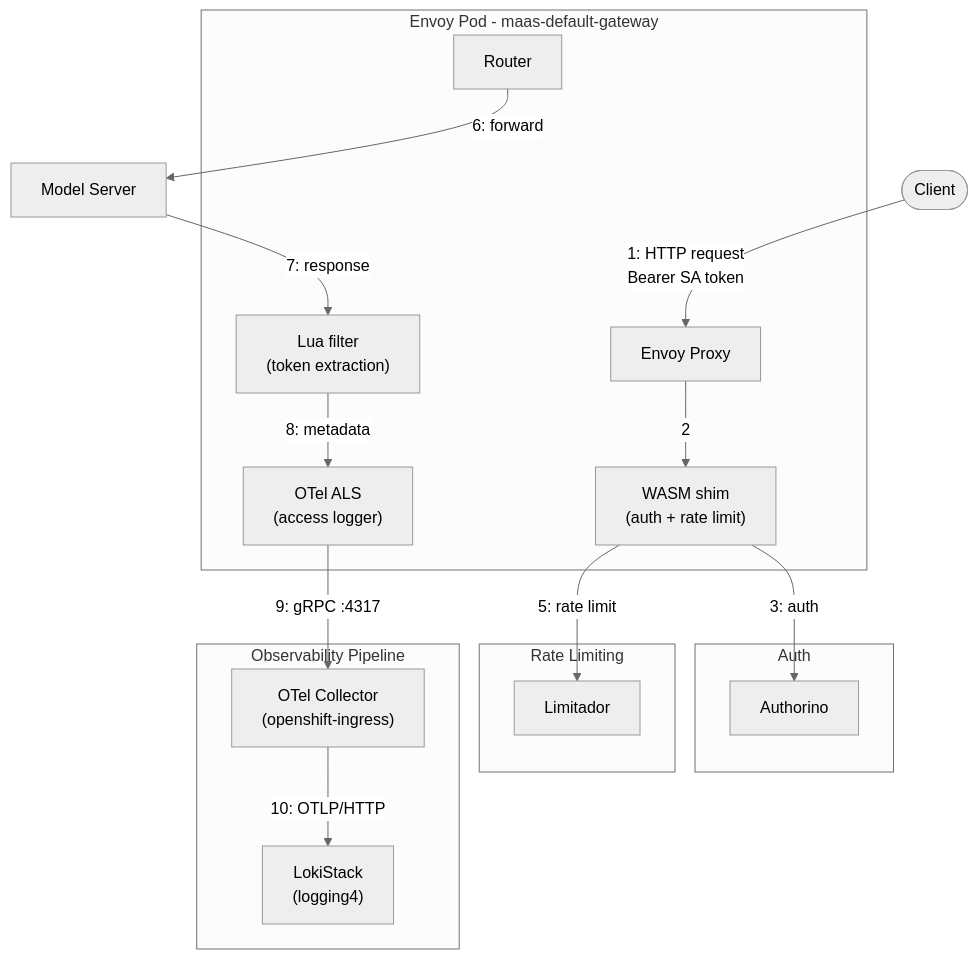
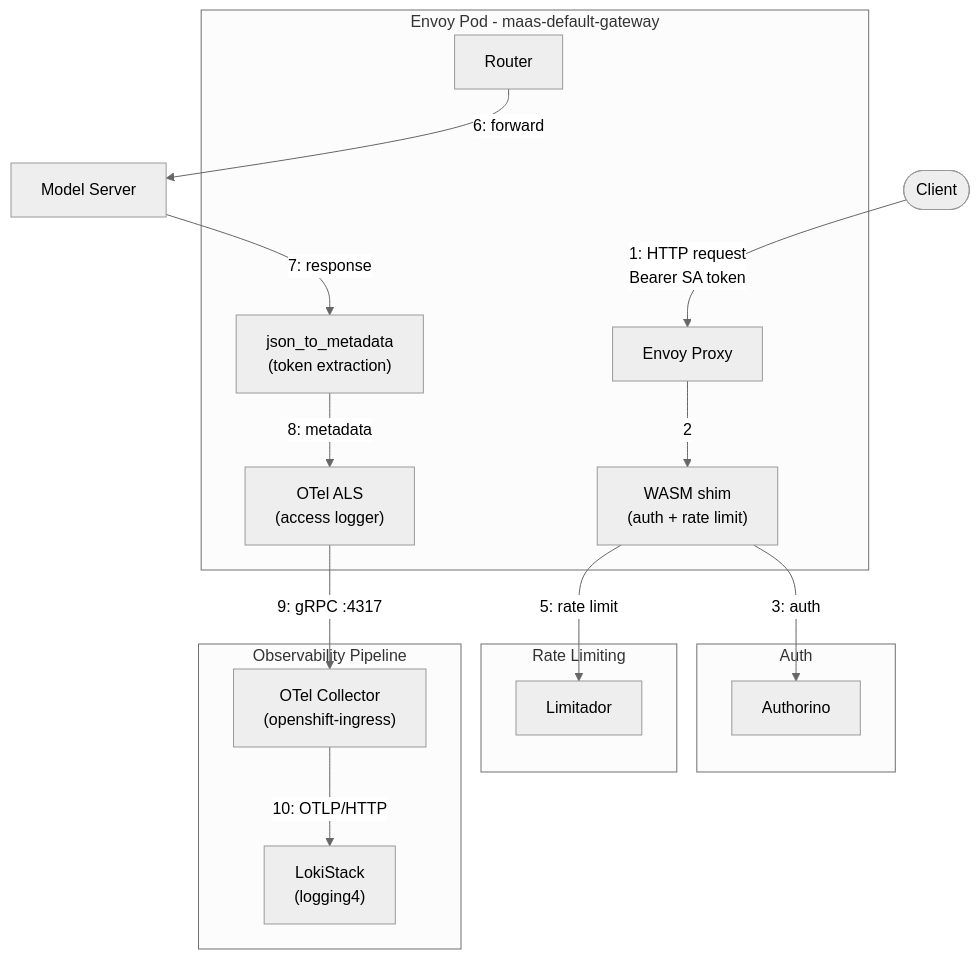
Before and after one commit to tgitelman/maas-billing: the second of 4 diagrams in envoy-otel-structured-logs-plan.md, drawn with Mermaid (neutral theme). The commit also changed other lines of this file and 9 other files, not shown here.

````diff
--- a/envoy-otel-structured-logs-plan.md
+++ b/envoy-otel-structured-logs-plan.md
@@ -92,31 +83,31 @@
 ```mermaid
 flowchart TD
     client(["Client"]) -->|"1: HTTP request\nBearer SA token"| envoy
     subgraph envoyPod ["Envoy Pod - maas-default-gateway"]
         envoy["Envoy Proxy"]
         wasmShim["WASM shim\n(auth + rate limit)"]
-        j2m["Lua filter\n(token extraction)"]
+        j2m["json_to_metadata\n(token extraction)"]
         otelALS["OTel ALS\n(access logger)"]
         routerNode["Router"]
     end
     subgraph authBlock ["Auth"]
         authorino["Authorino"]
     end
     subgraph rateBlock ["Rate Limiting"]
         limitador["Limitador"]
     end
     subgraph obsBlock ["Observability Pipeline"]
         otelCollector["OTel Collector\n(openshift-ingress)"]
         loki["LokiStack\n(logging4)"]
     end
     modelServer["Model Server"]
 
     envoy -->|"2"| wasmShim
     wasmShim -->|"3: auth"| authorino
     wasmShim -->|"5: rate limit"| limitador
     routerNode -->|"6: forward"| modelServer
     modelServer -->|"7: response"| j2m
     j2m -->|"8: metadata"| otelALS
     otelALS -->|"9: gRPC :4317"| otelCollector
     otelCollector -->|"10: OTLP/HTTP"| loki
 ```
````
